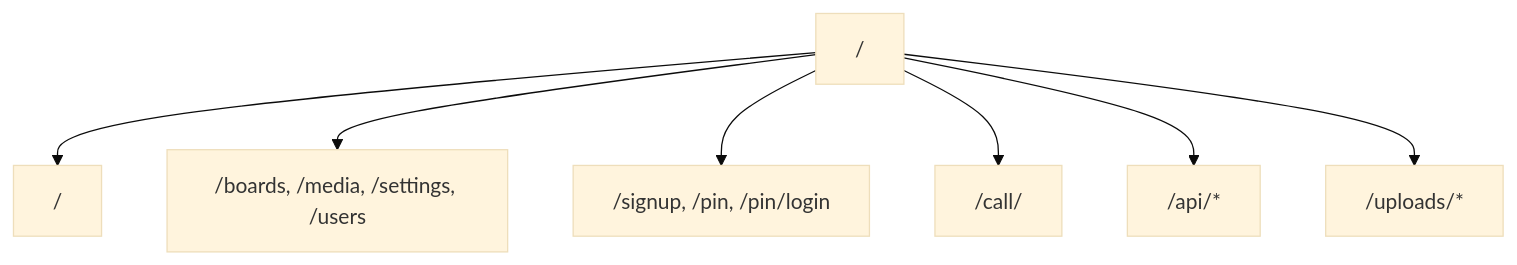
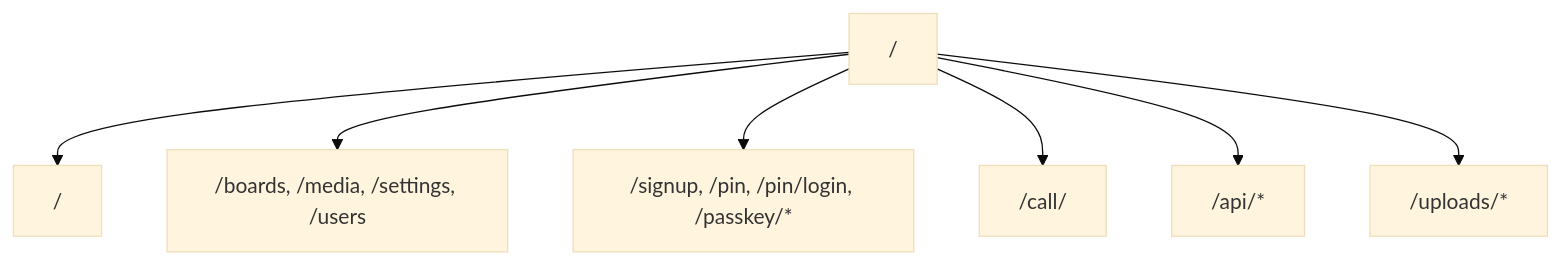
One commit to HiroshiARAKI/Keinage changed the first of 4 diagrams in docs/API.md. Above: the diagram before and after it, drawn with Mermaid (base theme). The commit also changed other lines of this file and 34 other files, not shown here.

````diff
--- a/docs/API.md
+++ b/docs/API.md
@@ -11,9 +11,9 @@
 ```mermaid
 flowchart TB
   root["/"] --> board["/<boardId>"]
   root --> dashboard["/boards, /media, /settings, /users"]
-  root --> auth["/signup, /pin, /pin/login"]
+  root --> auth["/signup, /pin, /pin/login, /passkey/*"]
   root --> call["/call/<boardId>"]
   root --> api["/api/*"]
   root --> uploads["/uploads/*"]
 ```
````
